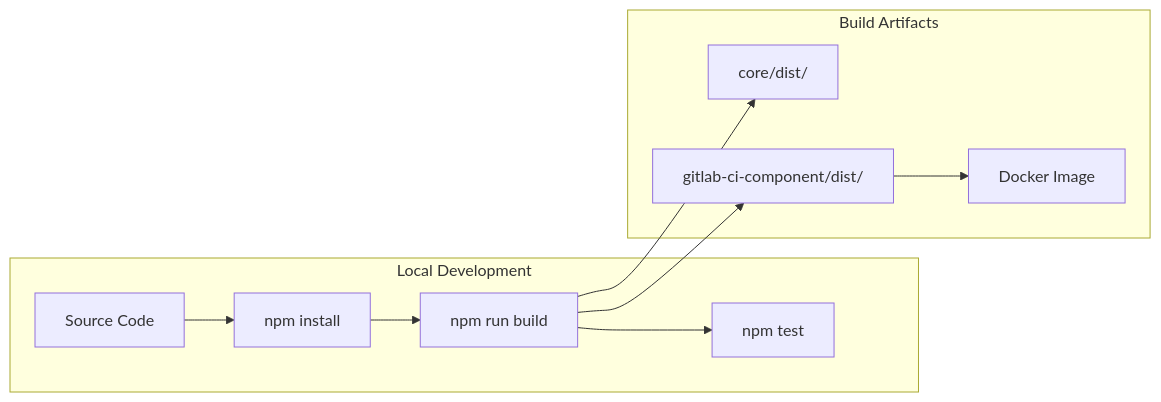
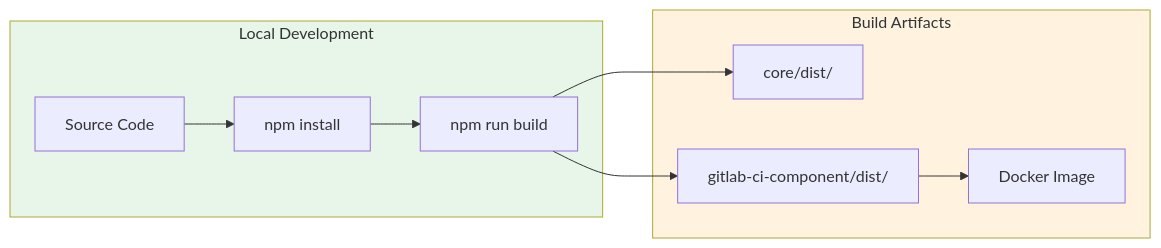
Before and after one commit to nelssec/qualys-gitlab: the first of 3 diagrams in docs/deployment.md, drawn with Mermaid. The commit also changed other lines of this file and 4 other files, not shown here.

````diff
--- a/docs/deployment.md
+++ b/docs/deployment.md
@@ -15,20 +13,22 @@
 ```mermaid
 flowchart LR
-    subgraph Local["Local Development"]
+    subgraph local["Local Development"]
         src["Source Code"]
         install["npm install"]
         build["npm run build"]
-        test["npm test"]
     end
 
-    subgraph Artifacts["Build Artifacts"]
+    subgraph artifacts["Build Artifacts"]
         core_dist["core/dist/"]
         cli_dist["gitlab-ci-component/dist/"]
         image["Docker Image"]
     end
 
-    src --> install --> build --> test
+    src --> install --> build
     build --> core_dist
     build --> cli_dist
     cli_dist --> image
+
+    style local fill:#e8f5e9
+    style artifacts fill:#fff3e0
 ```
````
